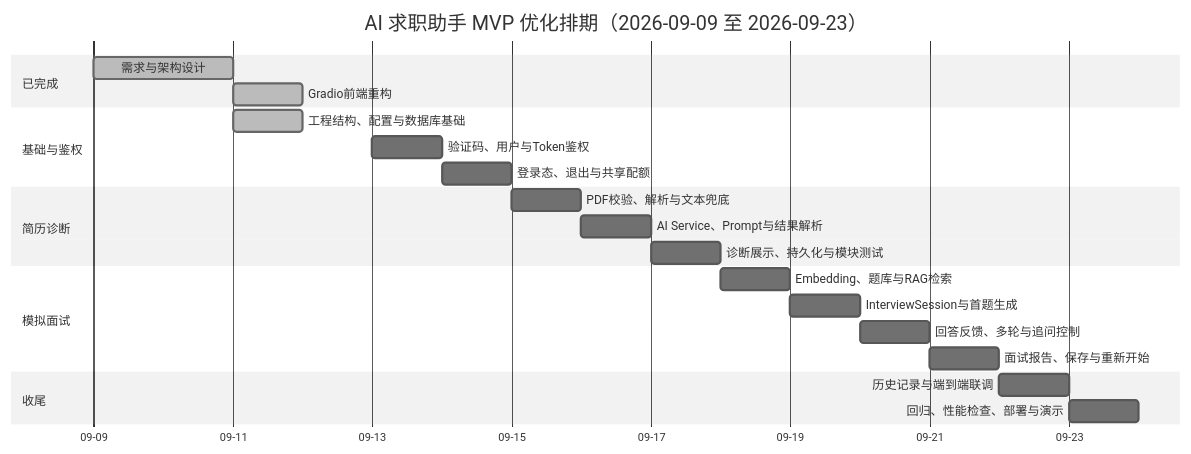
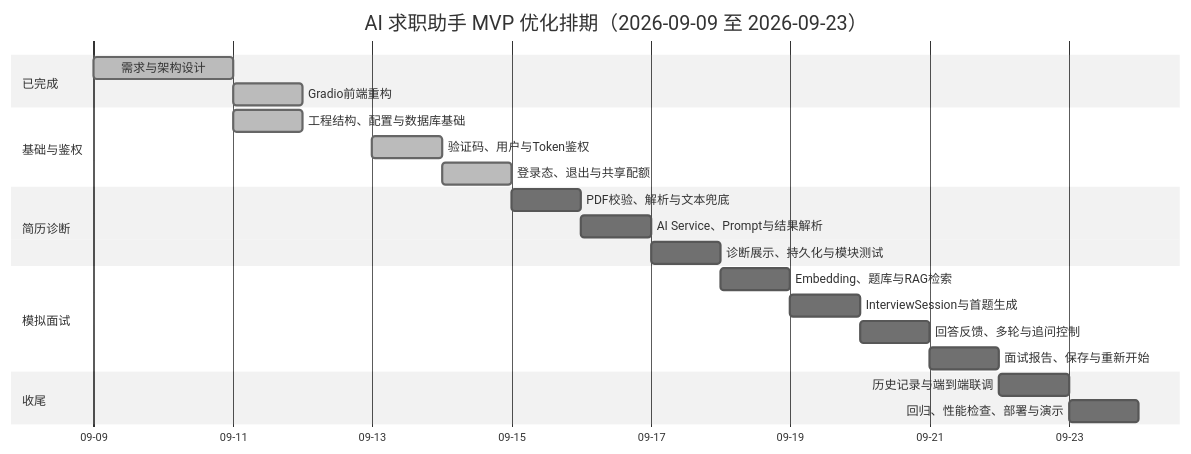
One commit to WwwwwHM/PBL_jobs-finder changed the first of 2 diagrams in 项目排期.md. Above: the diagram before and after it, drawn with Mermaid (neutral theme). The commit also changed other lines of this file and 10 other files, not shown here.

````diff
--- a/项目排期.md
+++ b/项目排期.md
@@ -79,30 +81,30 @@
 ```mermaid
 gantt
     title AI 求职助手 MVP 优化排期（2026-09-09 至 2026-09-23）
     dateFormat YYYY-MM-DD
     axisFormat %m-%d
 
     section 已完成
     需求与架构设计                 :done, a1, 2026-09-09, 2d
     Gradio前端重构                 :done, a2, 2026-09-11, 1d
 
     section 基础与鉴权
     工程结构、配置与数据库基础      :done, b1, 2026-09-11, 1d
-    验证码、用户与Token鉴权         :b2, 2026-09-13, 1d
-    登录态、退出与共享配额          :b3, 2026-09-14, 1d
+    验证码、用户与Token鉴权         :done, b2, 2026-09-13, 1d
+    登录态、退出与共享配额          :done, b3, 2026-09-14, 1d
 
     section 简历诊断
     PDF校验、解析与文本兜底         :c1, 2026-09-15, 1d
     AI Service、Prompt与结果解析    :c2, 2026-09-16, 1d
     诊断展示、持久化与模块测试       :c3, 2026-09-17, 1d
 
     section 模拟面试
     Embedding、题库与RAG检索        :d1, 2026-09-18, 1d
     InterviewSession与首题生成      :d2, 2026-09-19, 1d
     回答反馈、多轮与追问控制         :d3, 2026-09-20, 1d
     面试报告、保存与重新开始         :d4, 2026-09-21, 1d
 
     section 收尾
     历史记录与端到端联调             :e1, 2026-09-22, 1d
     回归、性能检查、部署与演示        :e2, 2026-09-23, 1d
 ```
````
